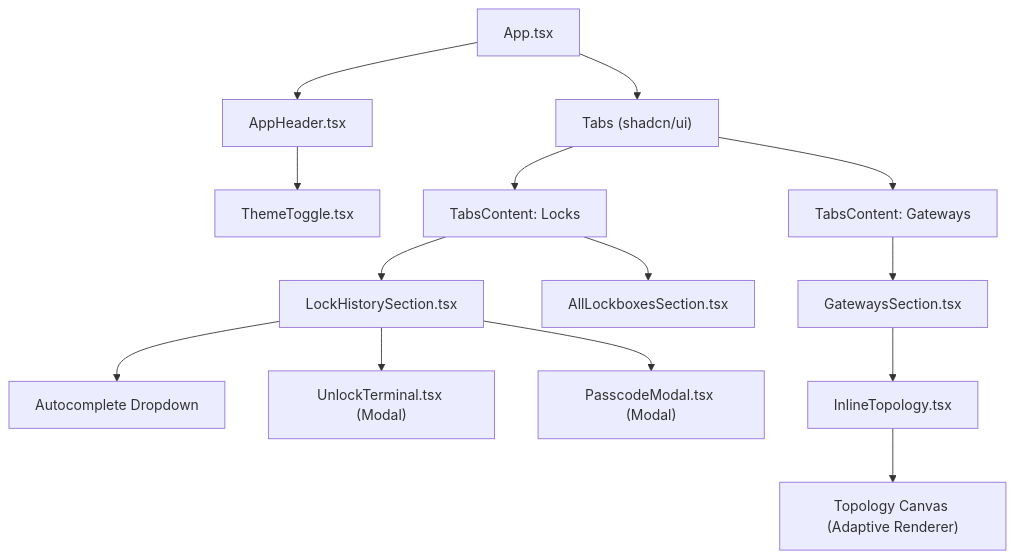
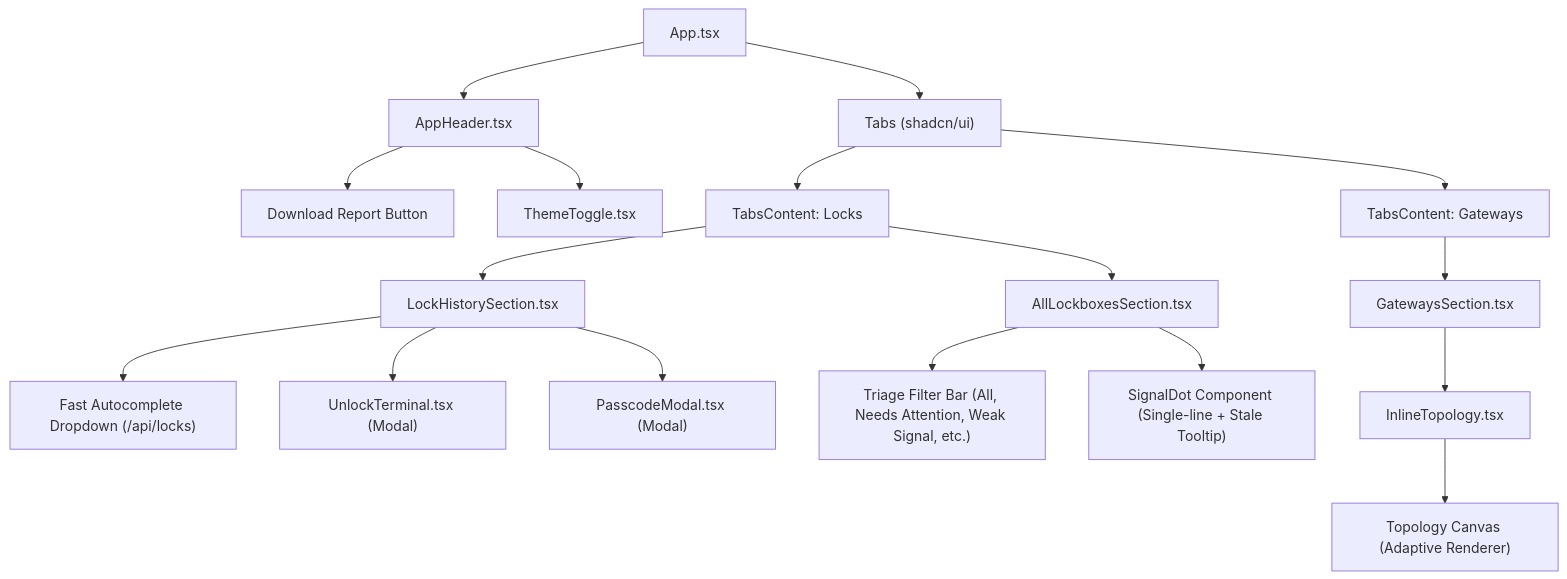
One commit to helmipradita/ttlock-dashboard changed the seventh of 7 diagrams in docs/ARCHITECTURE.md. Above: the diagram before and after it, drawn with Mermaid. The commit also changed other lines of this file and 37 other files, not shown here.

````diff
--- a/docs/ARCHITECTURE.md
+++ b/docs/ARCHITECTURE.md
@@ -124,36 +180,44 @@
 ```mermaid
 graph TD
     App["App.tsx"]
     Header["AppHeader.tsx"]
+    PdfBtn["Download Report Button"]
     ThemeToggle["ThemeToggle.tsx"]
     TabsRoot["Tabs (shadcn/ui)"]
     
     TabLocks["TabsContent: Locks"]
     TabGateways["TabsContent: Gateways"]
     
     LockHist["LockHistorySection.tsx"]
-    AutoComp["Autocomplete Dropdown"]
+    AutoComp["Fast Autocomplete Dropdown (/api/locks)"]
     UnlockTerm["UnlockTerminal.tsx (Modal)"]
     PasscodeMod["PasscodeModal.tsx (Modal)"]
     
     AllLocks["AllLockboxesSection.tsx"]
+    TriageFilter["Triage Filter Bar (All, Needs Attention, Weak Signal, etc.)"]
+    SignalCell["SignalDot Component (Single-line + Stale Tooltip)"]
+    
     GatewaysSec["GatewaysSection.tsx"]
     InlineTopo["InlineTopology.tsx"]
     CanvasRnd["Topology Canvas (Adaptive Renderer)"]
 
     App --> Header
+    Header --> PdfBtn
     Header --> ThemeToggle
     App --> TabsRoot
     TabsRoot --> TabLocks
     TabsRoot --> TabGateways
     
     TabLocks --> LockHist
     LockHist --> AutoComp
     LockHist --> UnlockTerm
     LockHist --> PasscodeMod
     
     TabLocks --> AllLocks
+    AllLocks --> TriageFilter
+    AllLocks --> SignalCell
+    
     TabGateways --> GatewaysSec
     GatewaysSec --> InlineTopo
     InlineTopo --> CanvasRnd
 ```
````
